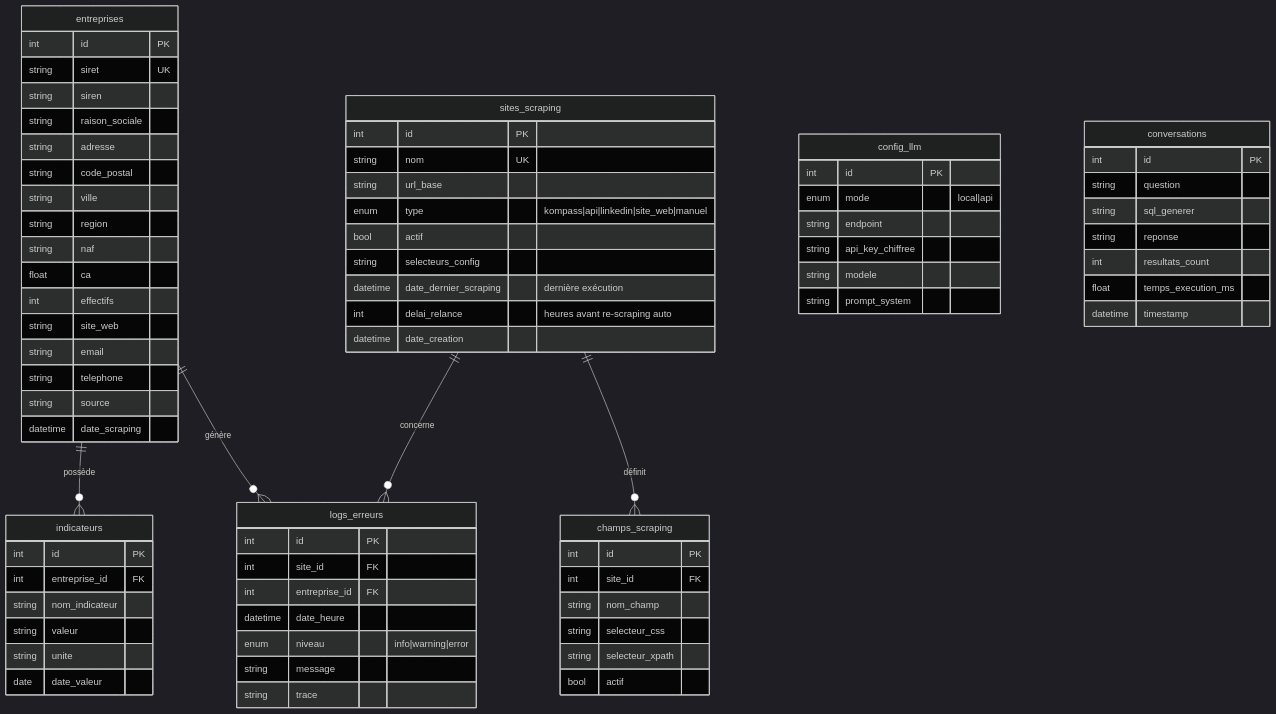
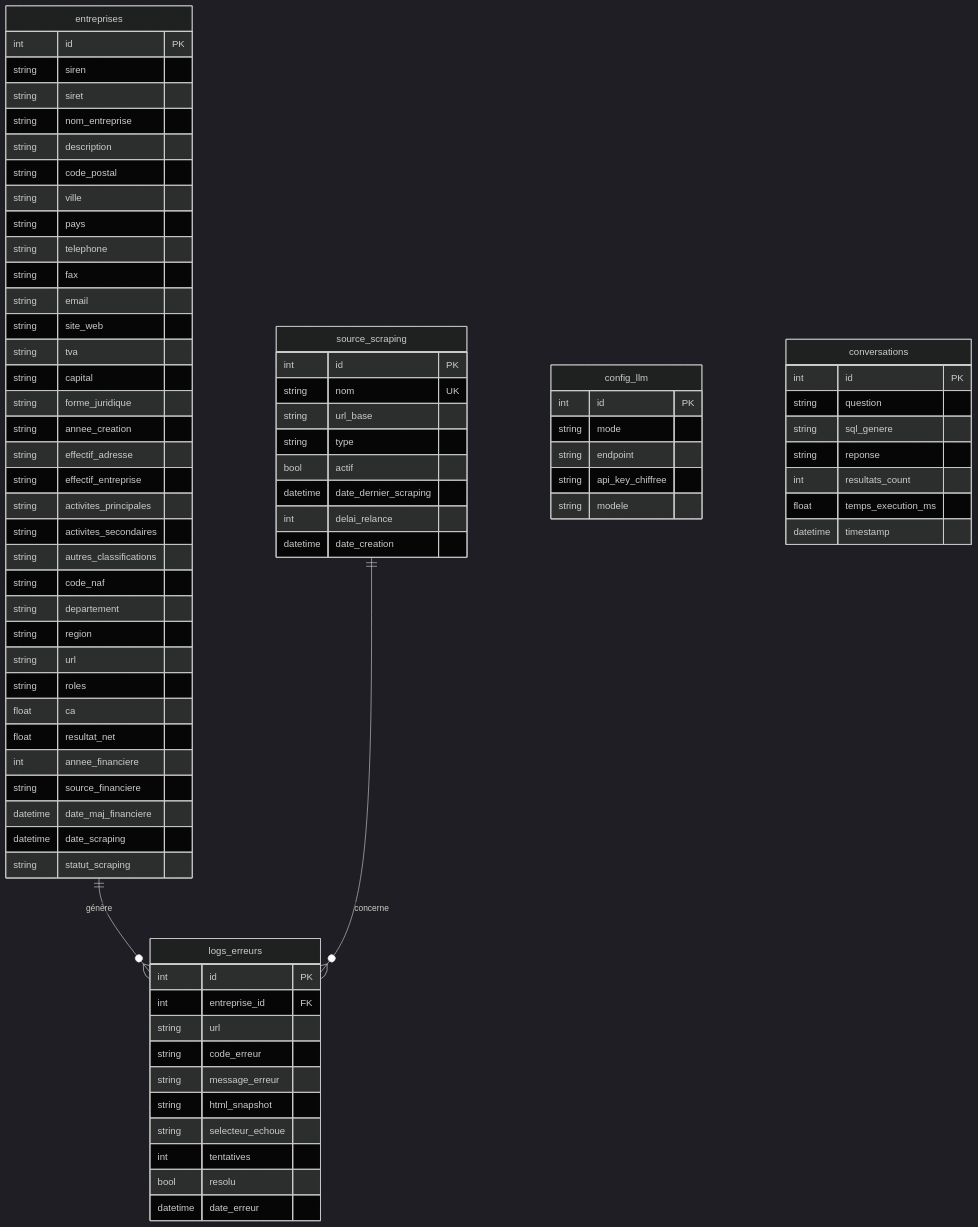
One commit to Louison-code/Projet-G1-G2 changed the fourth of 6 diagrams in Architecture.md. Above: the diagram before and after it, drawn with Mermaid (dark theme). The commit also changed other lines of this file and 21 other files, not shown here.

First line of the commit message:
Nettoyage BDD : suppression indicateurs/champs_scraping, ajout colonnes financieres

````diff
--- a/Architecture.md
+++ b/Architecture.md
@@ -637,82 +613,80 @@
 ```mermaid
 erDiagram
     entreprises ||--o{ logs_erreurs : "génère"
-    sites_scraping ||--o{ champs_scraping : "définit"
-    sites_scraping ||--o{ logs_erreurs : "concerne"
-    entreprises ||--o{ indicateurs : "possède"
+    source_scraping ||--o{ logs_erreurs : "concerne"
 
     entreprises {
         int id PK
-        string siret UK
         string siren
-        string raison_sociale
-        string adresse
+        string siret
+        string nom_entreprise
+        string description
         string code_postal
         string ville
+        string pays
+        string telephone
+        string fax
+        string email
+        string site_web
+        string tva
+        string capital
+        string forme_juridique
+        string annee_creation
+        string effectif_adresse
+        string effectif_entreprise
+        string activites_principales
+        string activites_secondaires
+        string autres_classifications
+        string code_naf
+        string departement
         string region
-        string naf
+        string url
+        string roles
         float ca
-        int effectifs
-        string site_web
-        string email
-        string telephone
-        string source
+        float resultat_net
+        int annee_financiere
+        string source_financiere
+        datetime date_maj_financiere
         datetime date_scraping
+        string statut_scraping
     }
 
-    sites_scraping {
+    source_scraping {
         int id PK
         string nom UK
         string url_base
-        enum type "kompass|api|linkedin|site_web|manuel"
+        string type
         bool actif
-        string selecteurs_config
-        datetime date_dernier_scraping "dernière exécution"
-        int delai_relance "heures avant re-scraping auto"
+        datetime date_dernier_scraping
+        int delai_relance
         datetime date_creation
-    }
-
-    champs_scraping {
-        int id PK
-        int site_id FK
-        string nom_champ
-        string selecteur_css
-        string selecteur_xpath
-        bool actif
-    }
-
-    indicateurs {
-        int id PK
-        int entreprise_id FK
-        string nom_indicateur
-        string valeur
-        string unite
-        date date_valeur
     }
 
     logs_erreurs {
         int id PK
-        int site_id FK
         int entreprise_id FK
-        datetime date_heure
-        enum niveau "info|warning|error"
-        string message
-        string trace
+        string url
+        string code_erreur
+        string message_erreur
+        string html_snapshot
+        string selecteur_echoue
+        int tentatives
+        bool resolu
+        datetime date_erreur
     }
 
     config_llm {
         int id PK
-        enum mode "local|api"
+        string mode
         string endpoint
         string api_key_chiffree
         string modele
-        string prompt_system
     }
 
     conversations {
         int id PK
         string question
-        string sql_generer
+        string sql_genere
         string reponse
         int resultats_count
         float temps_execution_ms
````
